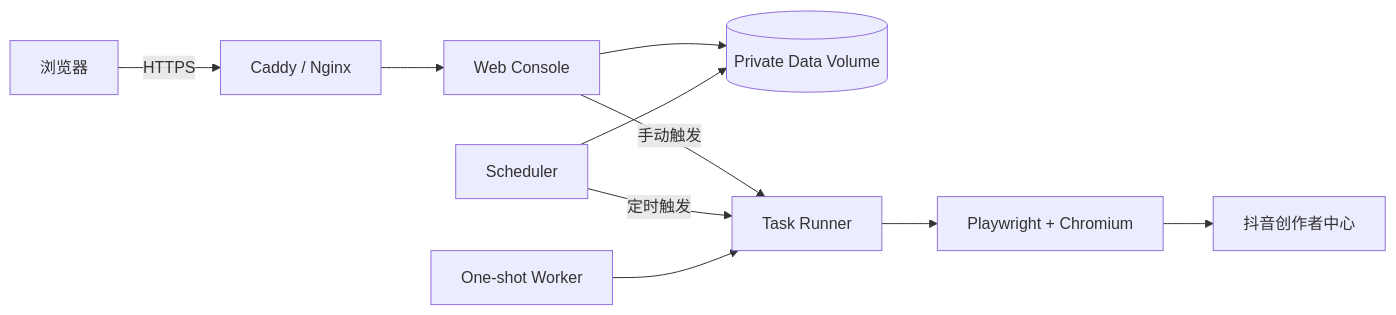
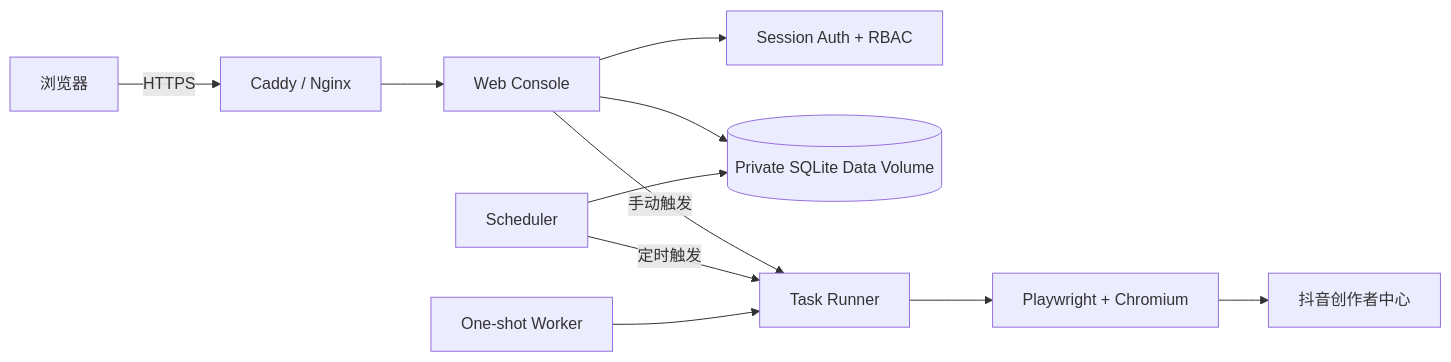
Before and after one commit to MinG-98/prometheus-relay: the diagram in README.md, drawn with Mermaid. The commit also changed other lines of this file and 21 other files, not shown here.

````diff
--- a/README.md
+++ b/README.md
@@ -69,12 +70,13 @@
 ```mermaid
 flowchart LR
     U[浏览器] -->|HTTPS| R[Caddy / Nginx]
     R --> W[Web Console]
-    W --> D[(Private Data Volume)]
+    W --> A[Session Auth + RBAC]
+    W --> D[(Private SQLite Data Volume)]
     S[Scheduler] --> D
     W -->|手动触发| T[Task Runner]
     S -->|定时触发| T
     O[One-shot Worker] --> T
     T --> P[Playwright + Chromium]
     P --> C[抖音创作者中心]
 ```
````
